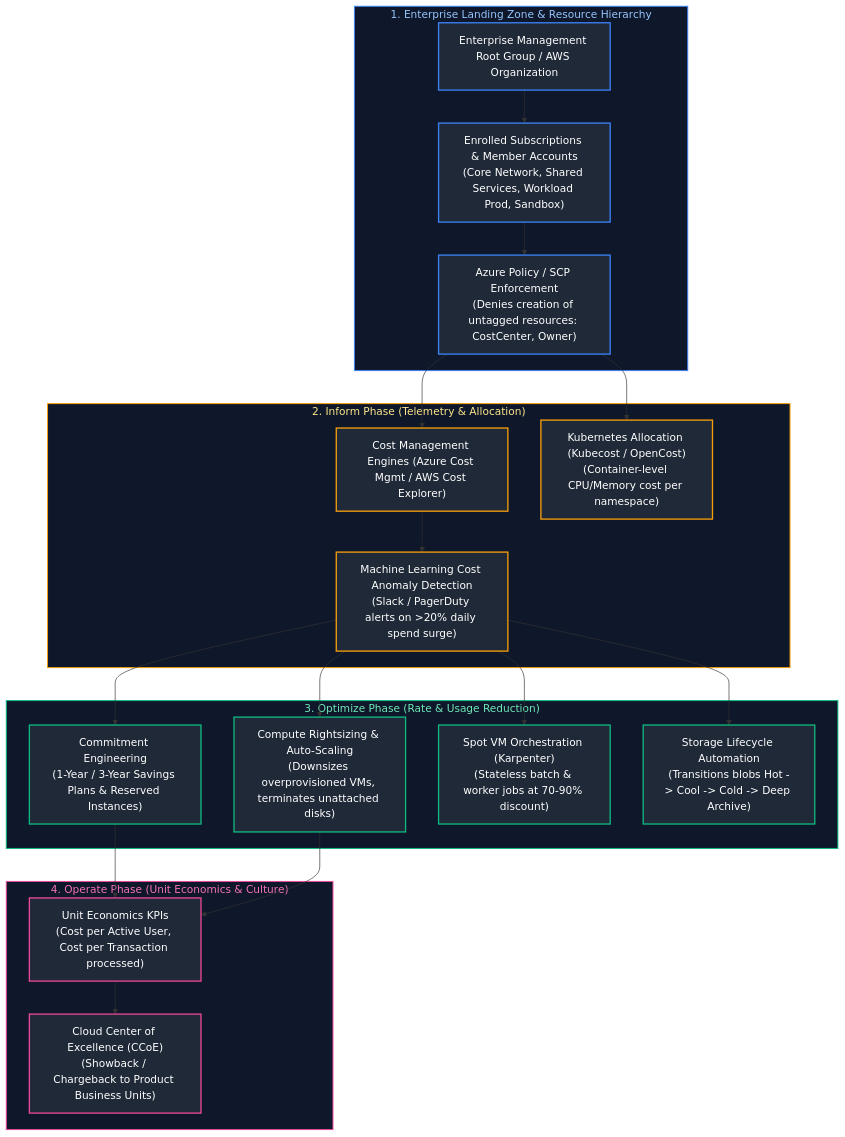
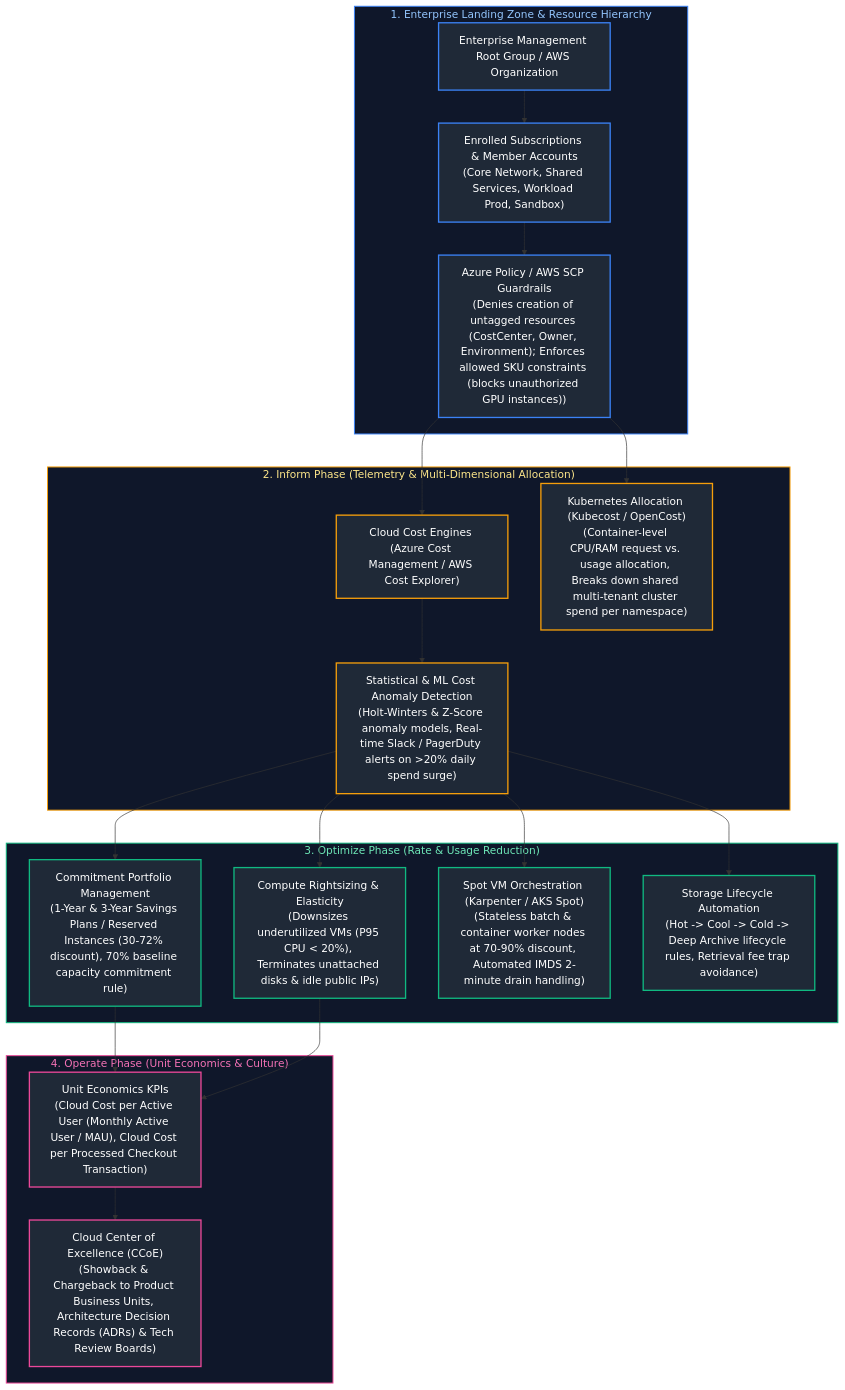
The first of 8 diagrams in Cloud Engineering/15_finops_governance_and_enterprise_operations.md (joydeep-biswas/Interview-Preparation), drawn with Mermaid before and after one commit. The commit also changed other lines of this file and 143 other files, not shown here.

````diff
--- a/Cloud Engineering/15_finops_governance_and_enterprise_operations.md
+++ b/Cloud Engineering/15_finops_governance_and_enterprise_operations.md
@@ -9,59 +9,59 @@
 ```mermaid
 flowchart TD
     subgraph EnterpriseLandingZone ["1. Enterprise Landing Zone & Resource Hierarchy"]
         OrgRoot["Enterprise Management Root Group / AWS Organization"]
         BillingScopes["Enrolled Subscriptions & Member Accounts<br/>(Core Network, Shared Services, Workload Prod, Sandbox)"]
-        TaggingPolicy["Azure Policy / SCP Enforcement<br/>(Denies creation of untagged resources: CostCenter, Owner)"]
+        TaggingPolicy["Azure Policy / AWS SCP Guardrails<br/>(Denies creation of untagged resources (CostCenter, Owner, Environment); Enforces allowed SKU constraints (blocks unauthorized GPU instances))"]
 
         OrgRoot --> BillingScopes --> TaggingPolicy
     end
 
-    subgraph CostVisibilityPlane ["2. Inform Phase (Telemetry & Allocation)"]
-        CostExplorer["Cost Management Engines (Azure Cost Mgmt / AWS Cost Explorer)"]
-        KubeCost["Kubernetes Allocation (Kubecost / OpenCost)<br/>(Container-level CPU/Memory cost per namespace)"]
-        AnomalyDetector["Machine Learning Cost Anomaly Detection<br/>(Slack / PagerDuty alerts on >20% daily spend surge)"]
+    subgraph CostVisibilityPlane ["2. Inform Phase (Telemetry & Multi-Dimensional Allocation)"]
+        CostExplorer["Cloud Cost Engines (Azure Cost Management / AWS Cost Explorer)"]
+        KubeCost["Kubernetes Allocation (Kubecost / OpenCost)<br/>(Container-level CPU/RAM request vs. usage allocation, Breaks down shared multi-tenant cluster spend per namespace)"]
+        AnomalyDetector["Statistical & ML Cost Anomaly Detection<br/>(Holt-Winters & Z-Score anomaly models, Real-time Slack / PagerDuty alerts on >20% daily spend surge)"]
 
         TaggingPolicy --> CostExplorer
         TaggingPolicy --> KubeCost
         CostExplorer --> AnomalyDetector
     end
 
     subgraph OptimizationEngine ["3. Optimize Phase (Rate & Usage Reduction)"]
-        Commitments["Commitment Engineering<br/>(1-Year / 3-Year Savings Plans & Reserved Instances)"]
-        Rightsizing["Compute Rightsizing & Auto-Scaling<br/>(Downsizes overprovisioned VMs, terminates unattached disks)"]
-        SpotWorkloads["Spot VM Orchestration (Karpenter)<br/>(Stateless batch & worker jobs at 70-90% discount)"]
-        StorageLifecycle["Storage Lifecycle Automation<br/>(Transitions blobs Hot -> Cool -> Cold -> Deep Archive)"]
+        Commitments["Commitment Portfolio Management<br/>(1-Year & 3-Year Savings Plans / Reserved Instances (30-72% discount), 70% baseline capacity commitment rule)"]
+        Rightsizing["Compute Rightsizing & Elasticity<br/>(Downsizes underutilized VMs (P95 CPU < 20%), Terminates unattached disks & idle public IPs)"]
+        SpotWorkloads["Spot VM Orchestration (Karpenter / AKS Spot)<br/>(Stateless batch & container worker nodes at 70-90% discount, Automated IMDS 2-minute drain handling)"]
+        StorageLifecycle["Storage Lifecycle Automation<br/>(Hot -> Cool -> Cold -> Deep Archive lifecycle rules, Retrieval fee trap avoidance)"]
 
         AnomalyDetector --> Commitments
         AnomalyDetector --> Rightsizing
         AnomalyDetector --> SpotWorkloads
         AnomalyDetector --> StorageLifecycle
     end
 
     subgraph ContinuousOperation ["4. Operate Phase (Unit Economics & Culture)"]
-        UnitMetrics["Unit Economics KPIs<br/>(Cost per Active User, Cost per Transaction processed)"]
-        FinOpsCCoE["Cloud Center of Excellence (CCoE)<br/>(Showback / Chargeback to Product Business Units)"]
+        UnitMetrics["Unit Economics KPIs<br/>(Cloud Cost per Active User (Monthly Active User / MAU), Cloud Cost per Processed Checkout Transaction)"]
+        FinOpsCCoE["Cloud Center of Excellence (CCoE)<br/>(Showback & Chargeback to Product Business Units, Architecture Decision Records (ADRs) & Tech Review Boards)"]
 
         Commitments --> UnitMetrics
         Rightsizing --> UnitMetrics
         UnitMetrics --> FinOpsCCoE
     end
 
     style EnterpriseLandingZone fill:#0f172a,stroke:#3b82f6,stroke-width:1.5px,color:#93c5fd
     style CostVisibilityPlane fill:#0f172a,stroke:#f59e0b,stroke-width:1.5px,color:#fde68a
     style OptimizationEngine fill:#0f172a,stroke:#10b981,stroke-width:1.5px,color:#6ee7b7
     style ContinuousOperation fill:#0f172a,stroke:#ec4899,stroke-width:1.5px,color:#f472b6
 
     style OrgRoot fill:#1f2937,stroke:#3b82f6,stroke-width:2px,color:#fff
     style BillingScopes fill:#1f2937,stroke:#3b82f6,stroke-width:2px,color:#fff
     style TaggingPolicy fill:#1f2937,stroke:#3b82f6,stroke-width:2px,color:#fff
     style CostExplorer fill:#1f2937,stroke:#f59e0b,stroke-width:2px,color:#fff
     style KubeCost fill:#1f2937,stroke:#f59e0b,stroke-width:2px,color:#fff
     style AnomalyDetector fill:#1f2937,stroke:#f59e0b,stroke-width:2px,color:#fff
     style Commitments fill:#1f2937,stroke:#10b981,stroke-width:2px,color:#fff
     style Rightsizing fill:#1f2937,stroke:#10b981,stroke-width:2px,color:#fff
     style SpotWorkloads fill:#1f2937,stroke:#10b981,stroke-width:2px,color:#fff
     style StorageLifecycle fill:#1f2937,stroke:#10b981,stroke-width:2px,color:#fff
     style UnitMetrics fill:#1f2937,stroke:#ec4899,stroke-width:2px,color:#fff
     style FinOpsCCoE fill:#1f2937,stroke:#ec4899,stroke-width:2px,color:#fff
 ```
````
